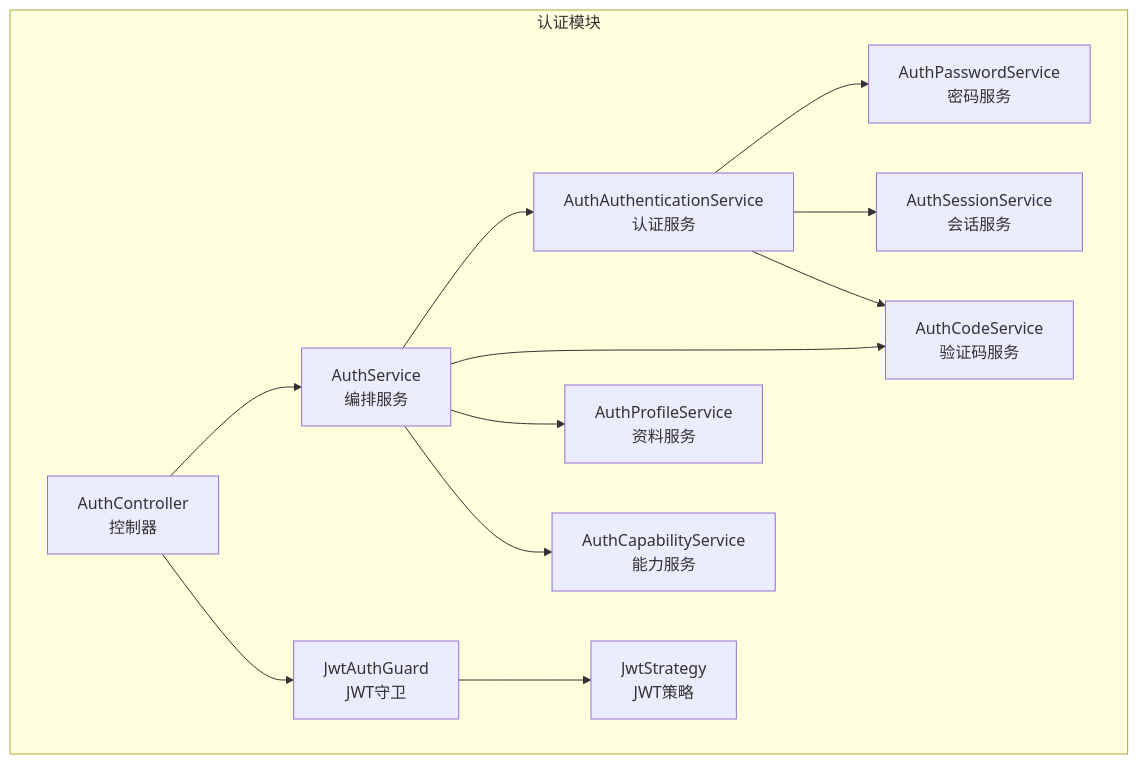
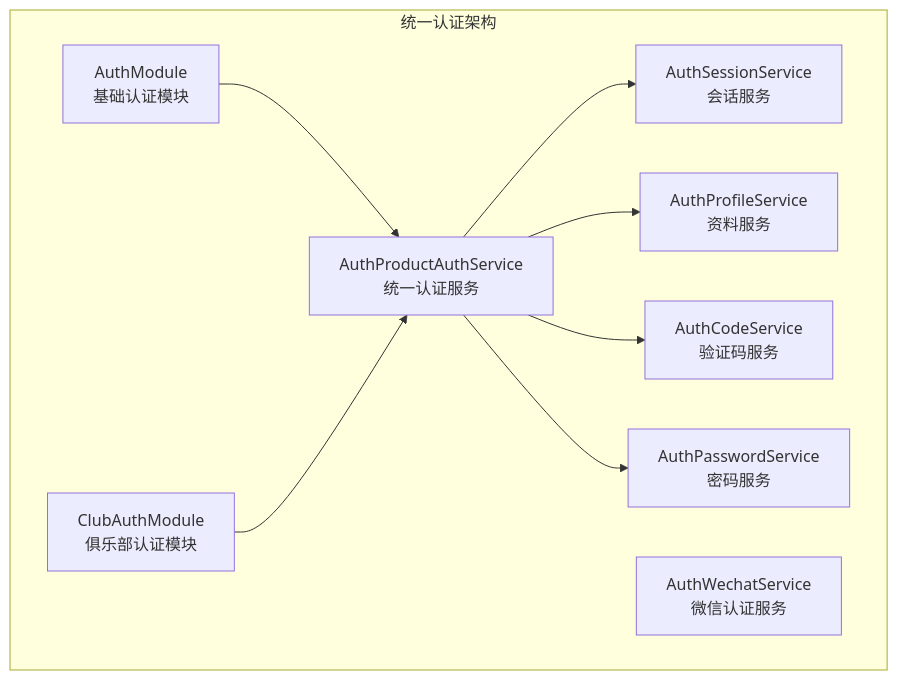
The first of 5 diagrams in .qoder/repowiki/zh/content/API 接口文档/认证接口.md (rc558620/purelyprofit-server), drawn with Mermaid before and after one commit. The commit also changed other lines of this file and 30 other files, not shown here.

````diff
--- a/.qoder/repowiki/zh/content/API 接口文档/认证接口.md
+++ b/.qoder/repowiki/zh/content/API 接口文档/认证接口.md
@@ -44,25 +57,19 @@
 ```mermaid
 graph TB
-subgraph "认证模块"
-C["AuthController<br/>控制器"]
-S["AuthService<br/>编排服务"]
-AAS["AuthAuthenticationService<br/>认证服务"]
+subgraph "统一认证架构"
+AM["AuthModule<br/>基础认证模块"]
+CAS["ClubAuthModule<br/>俱乐部认证模块"]
+APAS["AuthProductAuthService<br/>统一认证服务"]
+AW["AuthWechatService<br/>微信认证服务"]
+ASP["AuthSessionService<br/>会话服务"]
+APF["AuthProfileService<br/>资料服务"]
 ACS["AuthCodeService<br/>验证码服务"]
 APS["AuthPasswordService<br/>密码服务"]
-ASS["AuthSessionService<br/>会话服务"]
-APSF["AuthProfileService<br/>资料服务"]
-ACSF["AuthCapabilityService<br/>能力服务"]
-JWG["JwtAuthGuard<br/>JWT守卫"]
-JWS["JwtStrategy<br/>JWT策略"]
 end
-C --> S
-S --> AAS
-S --> ACS
-S --> APSF
-S --> ACSF
-AAS --> APS
-AAS --> ASS
-AAS --> ACS
-JWG --> JWS
-C --> JWG
+AM --> APAS
+CAS --> APAS
+APAS --> ASP
+APAS --> APF
+APAS --> ACS
+APAS --> APS
 ```
````
